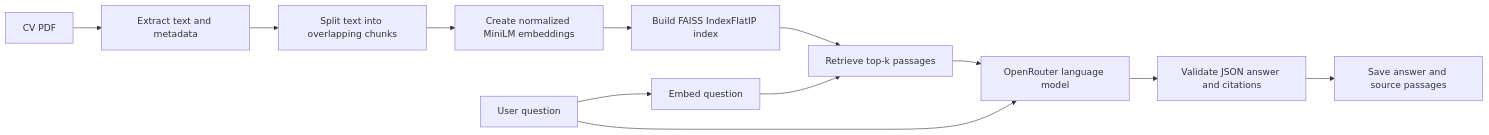
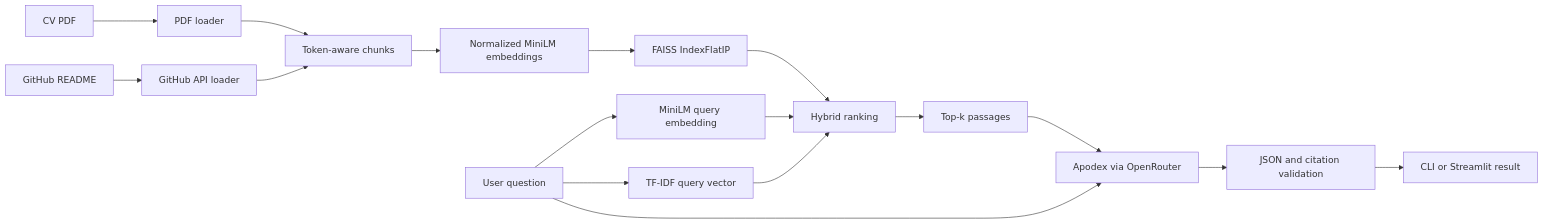
One commit to Abubaker-Nafe/cellula-tech-task-3 changed the diagram in README.md. Above: the diagram before and after it, drawn with Mermaid. The commit also changed other lines of this file and 1 other file, not shown here.

````diff
--- a/README.md
+++ b/README.md
@@ -59,14 +96,20 @@
 ```mermaid
 flowchart LR
-    A[CV PDF] --> B[Extract text and metadata]
-    B --> C[Split text into overlapping chunks]
-    C --> D[Create normalized MiniLM embeddings]
-    D --> E[Build FAISS IndexFlatIP index]
-    F[User question] --> G[Embed question]
-    E --> H[Retrieve top-k passages]
-    G --> H
-    H --> I[OpenRouter language model]
-    F --> I
-    I --> J[Validate JSON answer and citations]
-    J --> K[Save answer and source passages]
+    A[CV PDF] --> C[PDF loader]
+    B[GitHub README] --> D[GitHub API loader]
+    C --> E[Token-aware chunks]
+    D --> E
+    E --> F[Normalized MiniLM embeddings]
+    F --> G[FAISS IndexFlatIP]
+
+    H[User question] --> I[MiniLM query embedding]
+    H --> J[TF-IDF query vector]
+    G --> K[Hybrid ranking]
+    I --> K
+    J --> K
+    K --> L[Top-k passages]
+    L --> M[Apodex via OpenRouter]
+    H --> M
+    M --> N[JSON and citation validation]
+    N --> O[CLI or Streamlit result]
 ```
````
